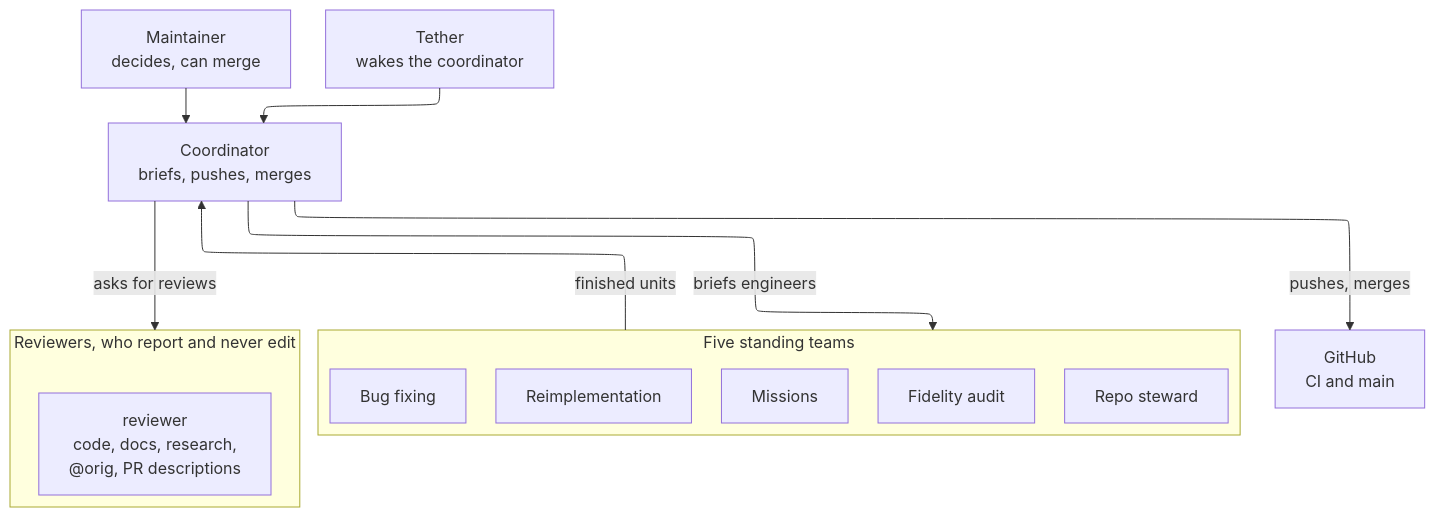
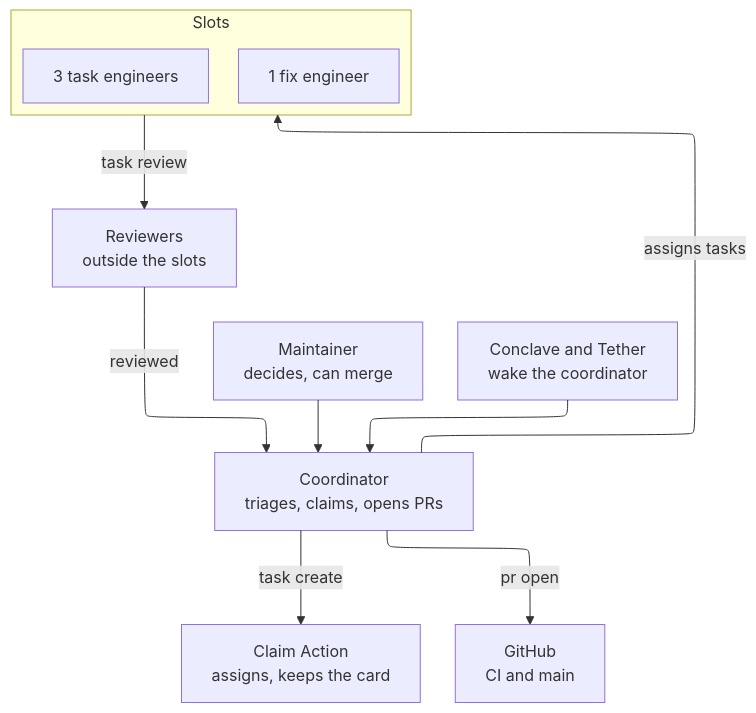
The second of 3 diagrams in docs/guides/how-we-work.md (Ryubara/coney), drawn with Mermaid before and after one commit. The commit also changed other lines of this file and 21 other files, not shown here.

````diff
--- a/docs/guides/how-we-work.md
+++ b/docs/guides/how-we-work.md
@@ -144,27 +166,24 @@
 ```mermaid
 ---
 config:
   layout: elk
 ---
 flowchart TB
   maint["Maintainer<br/>decides, can merge"]
-  tether["Tether<br/>wakes the coordinator"]
-  coord["Coordinator<br/>briefs, pushes, merges"]
-  subgraph teams ["Five standing teams"]
-    reimpl["Reimplementation"]
-    missions["Missions"]
-    bugs["Bug fixing"]
-    audit["Fidelity audit"]
-    steward["Repo steward"]
+  wake["Conclave and Tether<br/>wake the coordinator"]
+  coord["Coordinator<br/>triages, claims, opens PRs"]
+  action["Claim Action<br/>assigns, keeps the card"]
+  subgraph slots ["Slots"]
+    tasks["3 task engineers"]
+    fix["1 fix engineer"]
   end
-  subgraph rev ["Reviewers, who report and never edit"]
-    r1["reviewer<br/>code, docs, research,<br/>@orig, PR descriptions"]
-  end
+  rev["Reviewers<br/>outside the slots"]
   gh["GitHub<br/>CI and main"]
   maint --> coord
-  tether --> coord
-  coord -- "briefs engineers" --> teams
-  teams -- "finished units" --> coord
-  coord -- "asks for reviews" --> rev
-  coord -- "pushes, merges" --> gh
+  wake --> coord
+  coord -- "task create" --> action
+  coord -- "assigns tasks" --> slots
+  slots -- "task review" --> rev
+  rev -- "reviewed" --> coord
+  coord -- "pr open" --> gh
 ```
````
